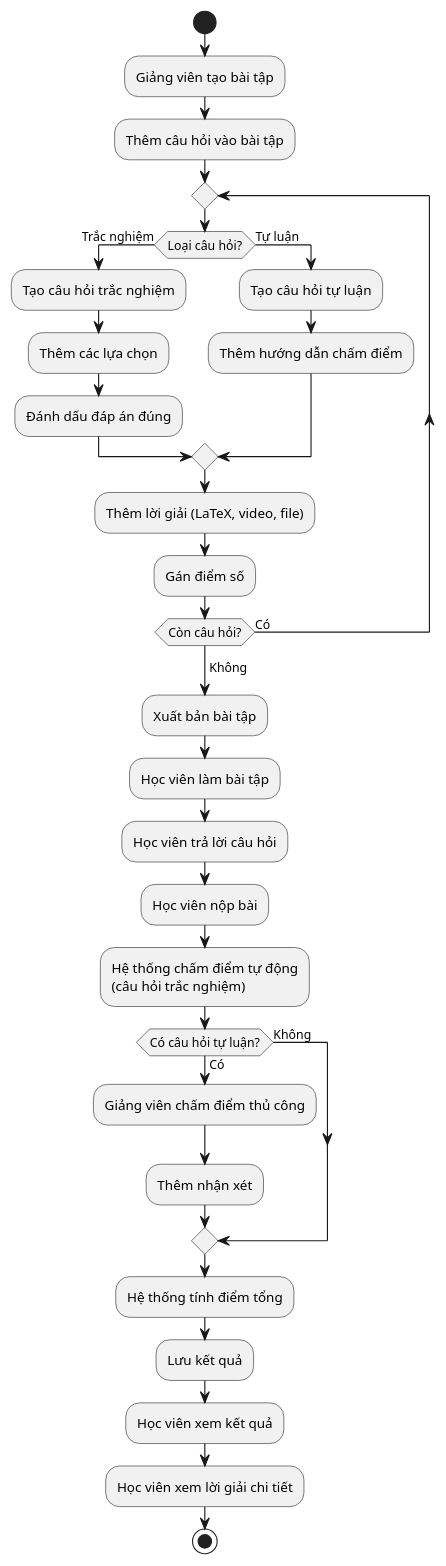
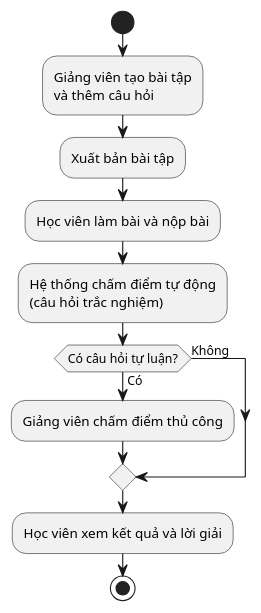
Before and after one commit to ngocnghia81/KhoiTriSo-PHP: diagram 11 of 18 in khoitriso-be/BIEU_DO_UML.md, drawn with PlantUML. The commit also changed other lines of this file and 23 other files, not shown here.

````diff
--- a/khoitriso-be/BIEU_DO_UML.md
+++ b/khoitriso-be/BIEU_DO_UML.md
@@ -462,36 +286,16 @@
 ```plantuml
 @startuml
 start
-:Giảng viên tạo bài tập;
-:Thêm câu hỏi vào bài tập;
-repeat
-  if (Loại câu hỏi?) then (Trắc nghiệm)
-    :Tạo câu hỏi trắc nghiệm;
-    :Thêm các lựa chọn;
-    :Đánh dấu đáp án đúng;
-  else (Tự luận)
-    :Tạo câu hỏi tự luận;
-    :Thêm hướng dẫn chấm điểm;
-  endif
-  :Thêm lời giải (LaTeX, video, file);
-  :Gán điểm số;
-repeat while (Còn câu hỏi?) is (Có)
--> Không;
+:Giảng viên tạo bài tập\nvà thêm câu hỏi;
 :Xuất bản bài tập;
-:Học viên làm bài tập;
-:Học viên trả lời câu hỏi;
-:Học viên nộp bài;
+:Học viên làm bài và nộp bài;
 :Hệ thống chấm điểm tự động\n(câu hỏi trắc nghiệm);
 if (Có câu hỏi tự luận?) then (Có)
   :Giảng viên chấm điểm thủ công;
-  :Thêm nhận xét;
 else (Không)
 endif
-:Hệ thống tính điểm tổng;
-:Lưu kết quả;
-:Học viên xem kết quả;
-:Học viên xem lời giải chi tiết;
+:Học viên xem kết quả và lời giải;
 stop
 
 @enduml
 ```
````
